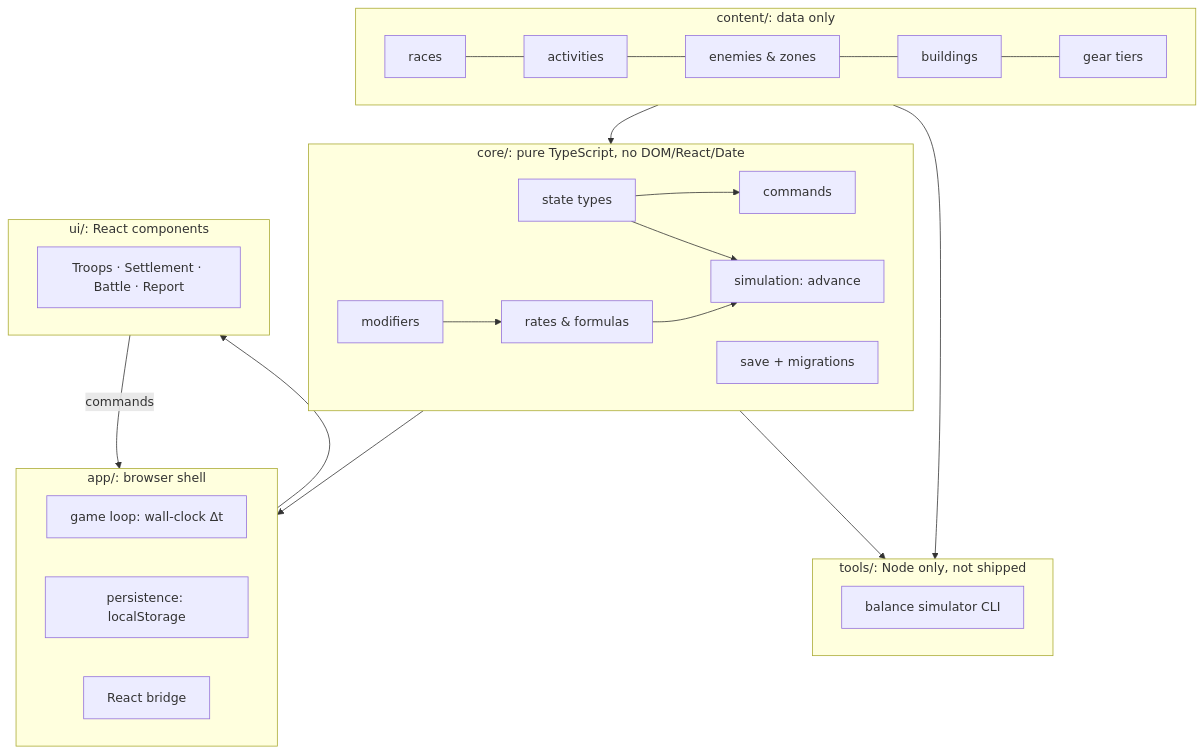
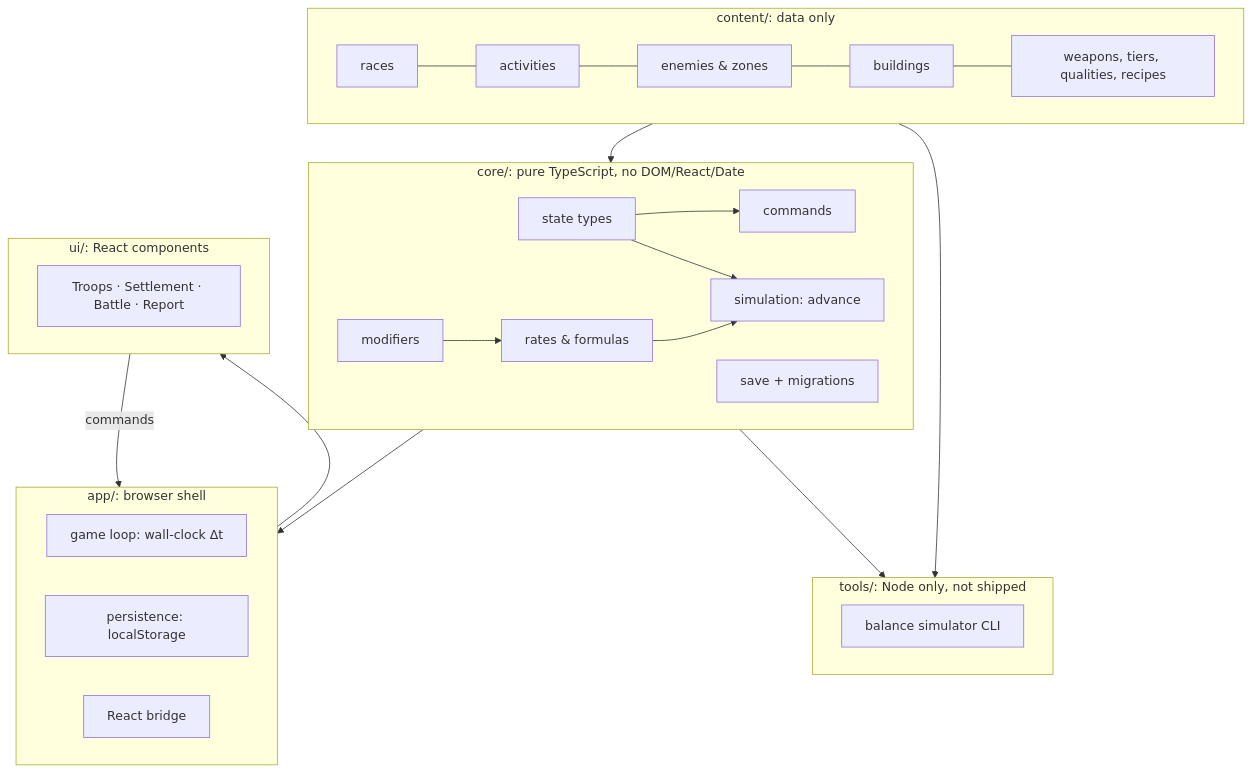
The diagram in docs/ARCHITECTURE.md (Ryngmarks/Idle-RPG-), drawn with Mermaid before and after one commit. The commit also changed other lines of this file and 7 other files, not shown here.

````diff
--- a/docs/ARCHITECTURE.md
+++ b/docs/ARCHITECTURE.md
@@ -26,28 +26,28 @@
 ```mermaid
 flowchart TB
     subgraph content["content/: data only"]
-        R[races] --- A[activities] --- E[enemies & zones] --- B[buildings] --- G[gear tiers]
+        R[races] --- A[activities] --- E[enemies & zones] --- B[buildings] --- G[weapons, tiers, qualities, recipes]
     end
     subgraph core["core/: pure TypeScript, no DOM/React/Date"]
         ST[state types] --> CMD[commands]
         ST --> SIM[simulation: advance]
         MOD[modifiers] --> RATES[rates & formulas]
         RATES --> SIM
         SAVE[save + migrations]
     end
     subgraph app["app/: browser shell"]
         LOOP[game loop: wall-clock Δt]
         PERS[persistence: localStorage]
         BRIDGE[React bridge]
     end
     subgraph ui["ui/: React components"]
         SCREENS[Troops · Settlement · Battle · Report]
     end
     subgraph tools["tools/: Node only, not shipped"]
         SIMCLI[balance simulator CLI]
     end
     content --> core --> app --> ui
     ui -- commands --> app
     content --> tools
     core --> tools
 ```
````
